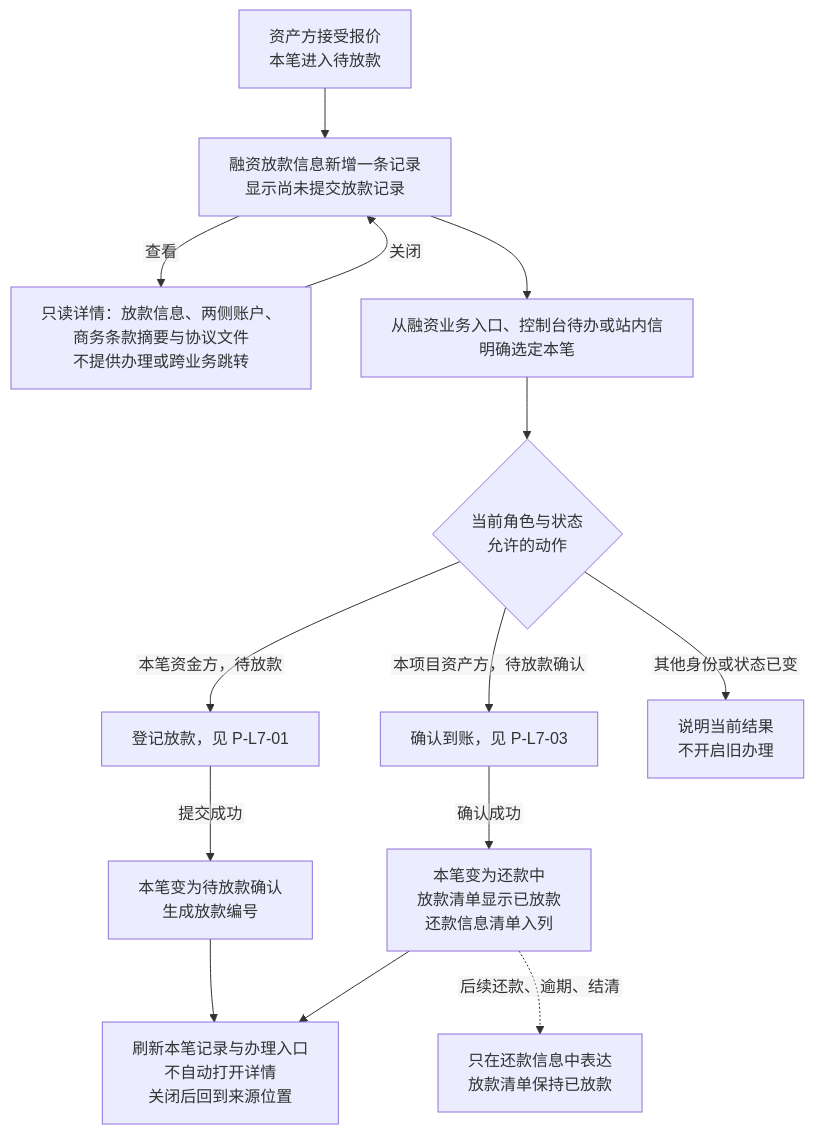
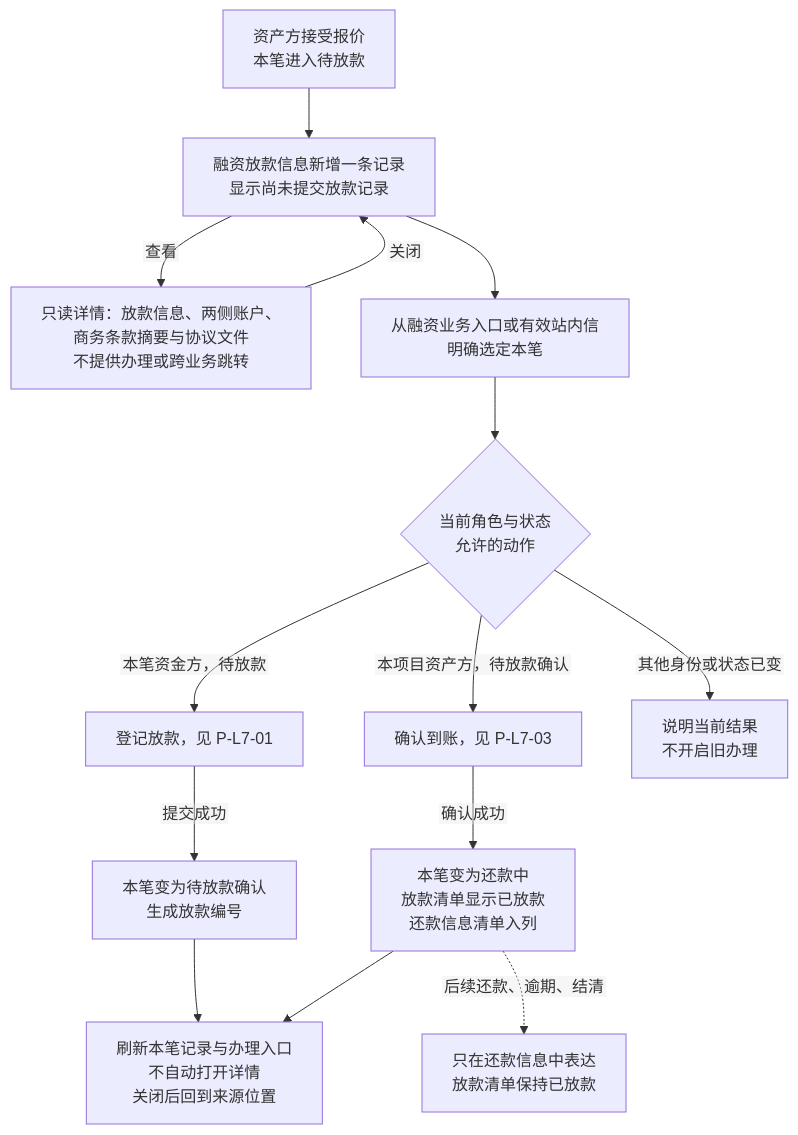
One commit to wxblockchain/Chain-Financing changed the first of 4 diagrams in lending-platform/PRD/面客端/07-借贷广场-放款与放款确认/02-放款与放款确认-流程图与状态机.md. Above: the diagram before and after it, drawn with Mermaid. The commit also changed other lines of this file and 11 other files, not shown here.

````diff
--- a/lending-platform/PRD/面客端/07-借贷广场-放款与放款确认/02-放款与放款确认-流程图与状态机.md
+++ b/lending-platform/PRD/面客端/07-借贷广场-放款与放款确认/02-放款与放款确认-流程图与状态机.md
@@ -19,17 +19,17 @@
 ```mermaid
 %%{init: {"flowchart": {"htmlLabels": false, "wrappingWidth": 400}}}%%
 flowchart TD
   A["资产方接受报价<br/>本笔进入待放款"] --> B["融资放款信息新增一条记录<br/>显示尚未提交放款记录"]
   B -->|"查看"| C["只读详情：放款信息、两侧账户、<br/>商务条款摘要与协议文件<br/>不提供办理或跨业务跳转"]
   C -->|"关闭"| B
-  B --> D["从融资业务入口、控制台待办或站内信<br/>明确选定本笔"]
+  B --> D["从融资业务入口或有效站内信<br/>明确选定本笔"]
   D --> E{"当前角色与状态<br/>允许的动作"}
   E -->|"本笔资金方，待放款"| F["登记放款，见 P-L7-01"]
   E -->|"本项目资产方，待放款确认"| G["确认到账，见 P-L7-03"]
   E -->|"其他身份或状态已变"| H["说明当前结果<br/>不开启旧办理"]
   F -->|"提交成功"| I["本笔变为待放款确认<br/>生成放款编号"]
   G -->|"确认成功"| J["本笔变为还款中<br/>放款清单显示已放款<br/>还款信息清单入列"]
   I --> K["刷新本笔记录与办理入口<br/>不自动打开详情<br/>关闭后回到来源位置"]
   J --> K
   J -.->|"后续还款、逾期、结清"| L["只在还款信息中表达<br/>放款清单保持已放款"]
 ```
````
